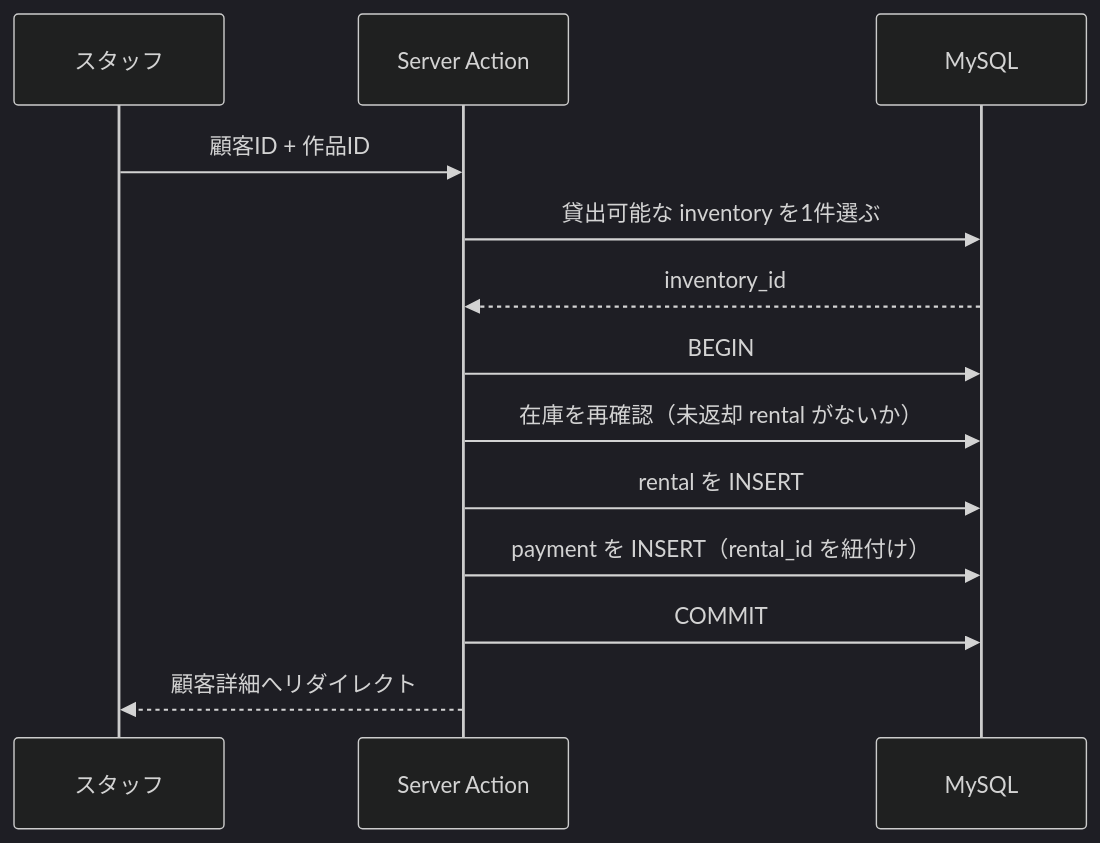
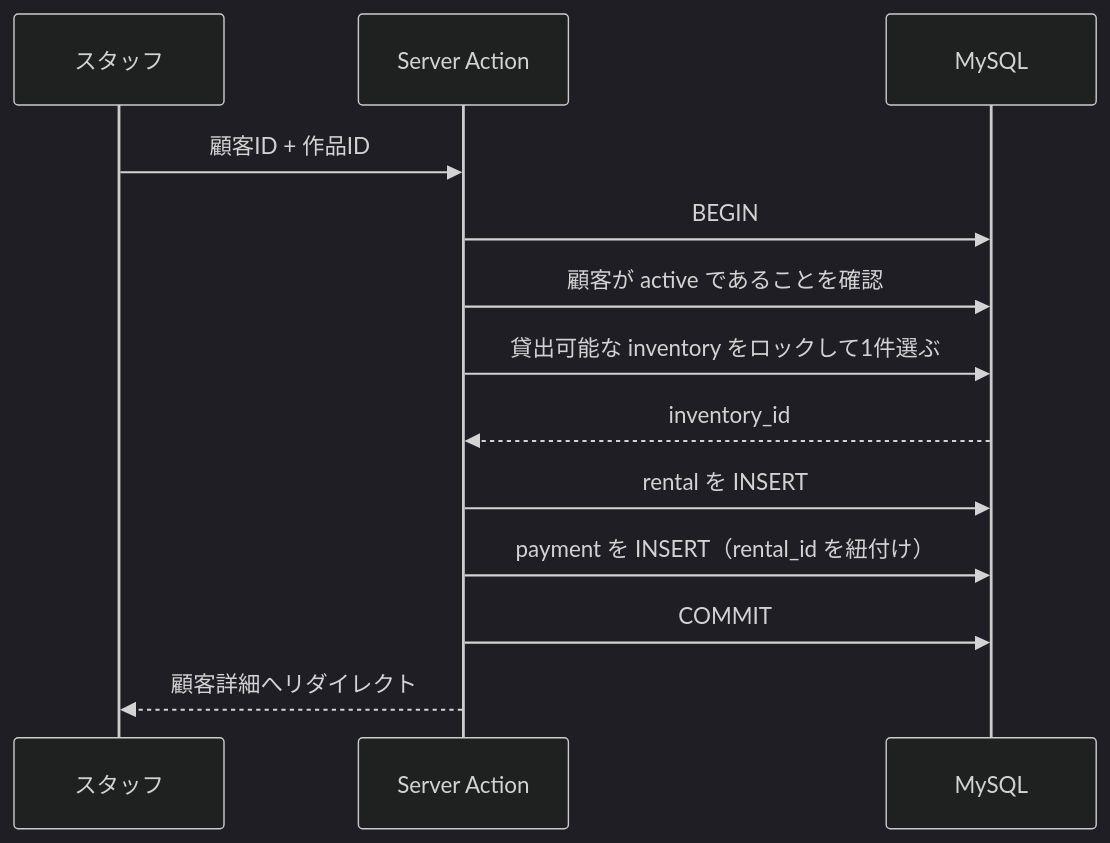
Before and after one commit to ANTON072/Sakila-App: the second of 2 diagrams in docs/04-features.md, drawn with Mermaid (dark theme). The commit also changed other lines of this file and 9 other files, not shown here.

````diff
--- a/docs/04-features.md
+++ b/docs/04-features.md
@@ -258,16 +308,16 @@
 ```mermaid
 sequenceDiagram
     participant U as スタッフ
     participant A as Server Action
     participant DB as MySQL
 
     U->>A: 顧客ID + 作品ID
-    A->>DB: 貸出可能な inventory を1件選ぶ
+    A->>DB: BEGIN
+    A->>DB: 顧客が active であることを確認
+    A->>DB: 貸出可能な inventory をロックして1件選ぶ
     DB-->>A: inventory_id
-    A->>DB: BEGIN
-    A->>DB: 在庫を再確認（未返却 rental がないか）
     A->>DB: rental を INSERT
     A->>DB: payment を INSERT（rental_id を紐付け）
     A->>DB: COMMIT
     A-->>U: 顧客詳細へリダイレクト
 ```
````
